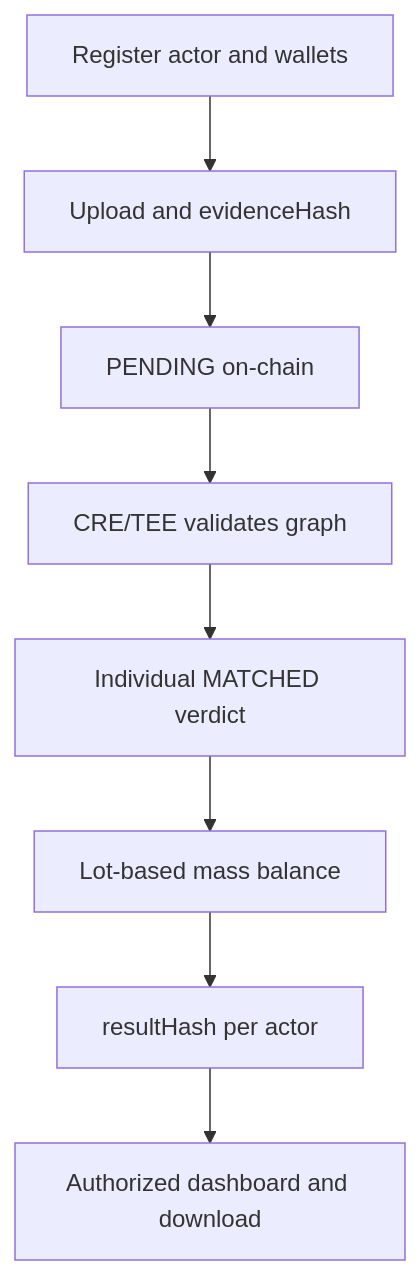
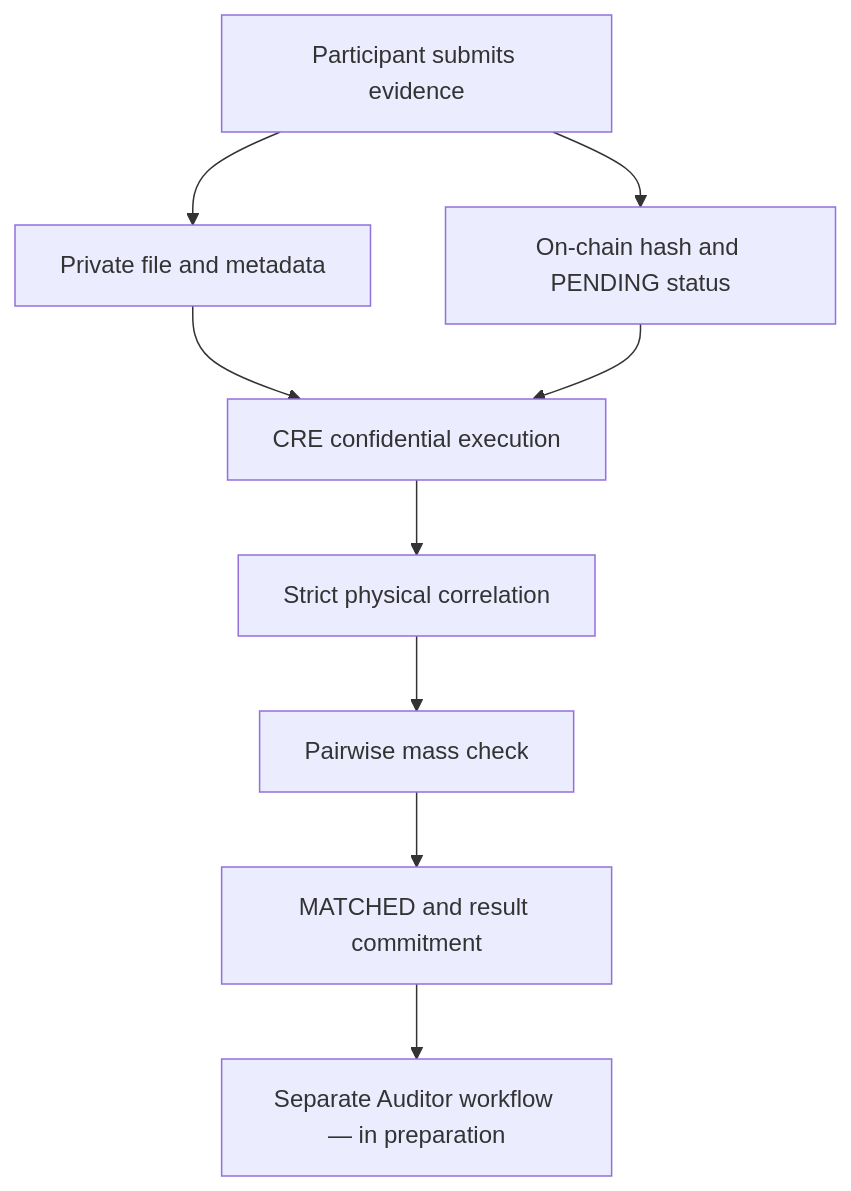
Before and after one commit to armanfm/ExplorerChem: the first of 2 diagrams in README.md, drawn with Mermaid. The commit also changed other lines of this file, not shown here.

````diff
--- a/README.md
+++ b/README.md
@@ -913,10 +18,11 @@
 ```mermaid
 flowchart TD
-    A[Register actor and wallets] --> B[Upload and evidenceHash]
-    B --> C[PENDING on-chain]
-    C --> D[CRE/TEE validates graph]
-    D --> E[Individual MATCHED verdict]
-    E --> F[Lot-based mass balance]
-    F --> G[resultHash per actor]
-    G --> H[Authorized dashboard and download]
+    A["Participant submits evidence"] --> B["Private file and metadata"]
+    A --> C["On-chain hash and PENDING status"]
+    B --> D["CRE confidential execution"]
+    C --> D
+    D --> E["Strict physical correlation"]
+    E --> F["Pairwise mass check"]
+    F --> G["MATCHED and result commitment"]
+    G --> H["Separate Auditor workflow — in preparation"]
 ```
````
